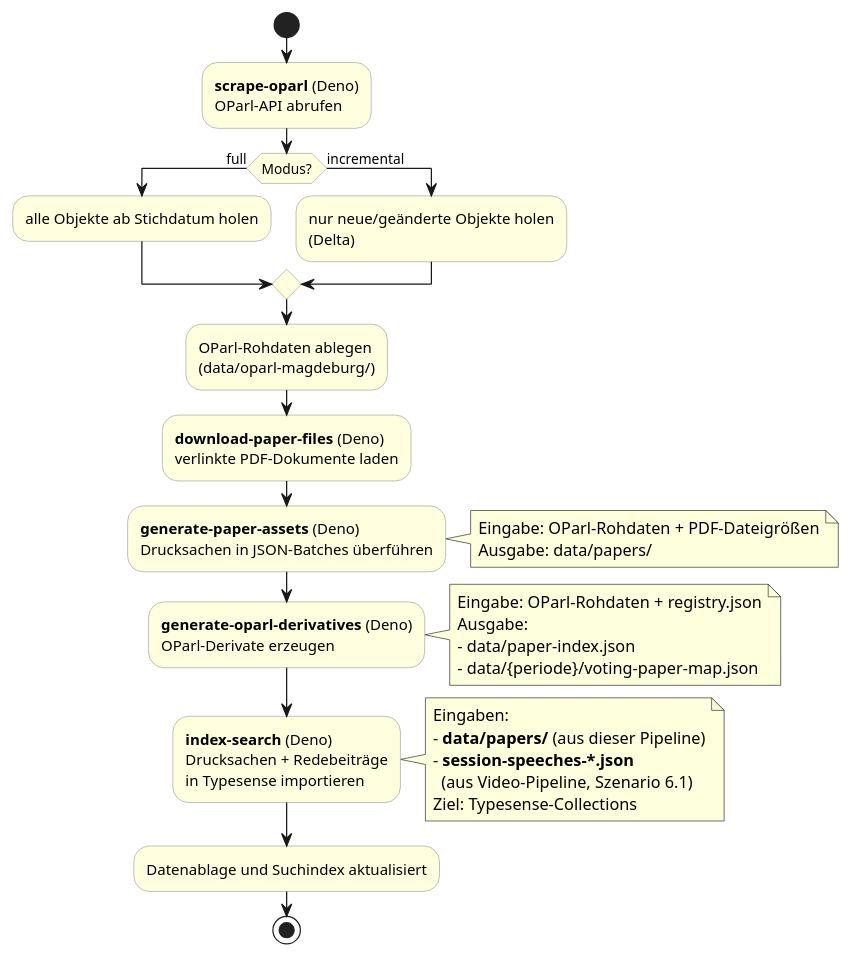
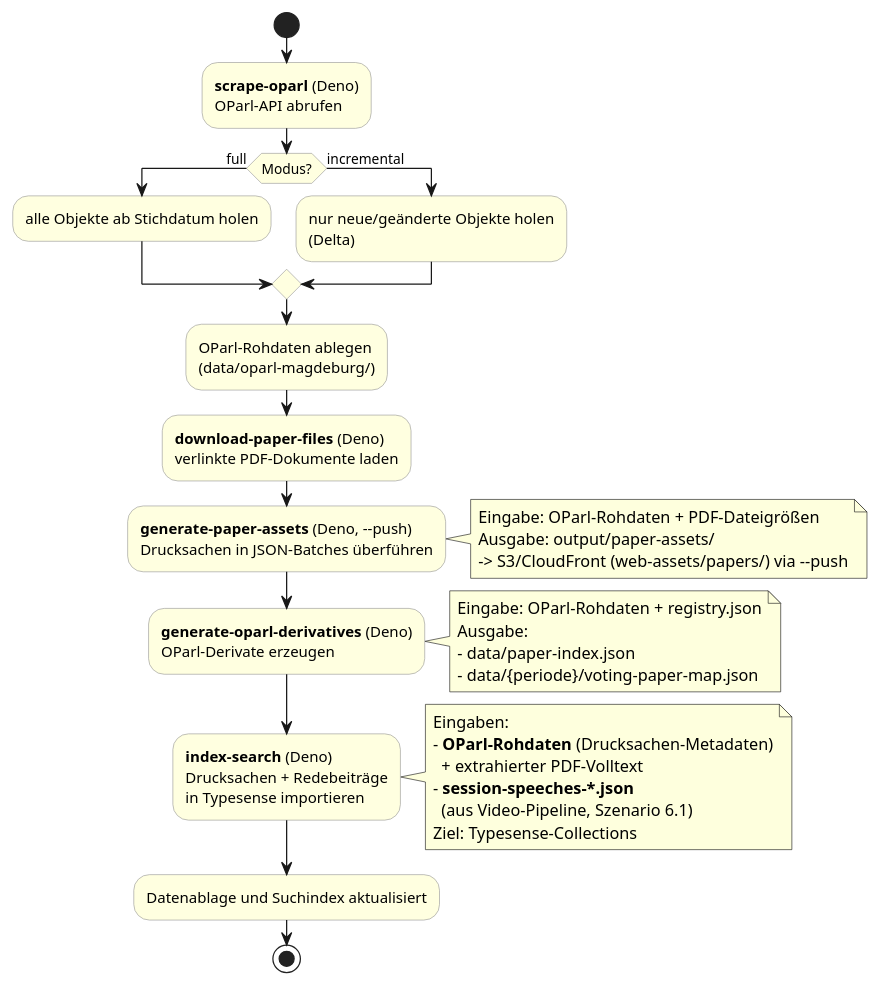
Before and after one commit to JensWinter/StadtratWatch-web: the diagram in docs/arc42/06-laufzeitsicht/02-oparl-ingestion.adoc, drawn with PlantUML. The commit also changed other lines of this file and 10 other files, not shown here.

```diff
--- a/docs/arc42/06-laufzeitsicht/02-oparl-ingestion.adoc
+++ b/docs/arc42/06-laufzeitsicht/02-oparl-ingestion.adoc
@@ -26,45 +27,47 @@
 [plantuml,lz-oparl-ingestion,svg]
 ....
 @startuml
 skinparam shadowing false
 skinparam activity {
   BackgroundColor #lightyellow
   BorderColor #999999
 }
 
 start
 :**scrape-oparl** (Deno)\nOParl-API abrufen;
 if (Modus?) then (full)
   :alle Objekte ab Stichdatum holen;
 else (incremental)
   :nur neue/geänderte Objekte holen\n(Delta);
 endif
 :OParl-Rohdaten ablegen\n(data/oparl-magdeburg/);
 
 :**download-paper-files** (Deno)\nverlinkte PDF-Dokumente laden;
-:**generate-paper-assets** (Deno)\nDrucksachen in JSON-Batches überführen;
+:**generate-paper-assets** (Deno, --push)\nDrucksachen in JSON-Batches überführen;
 note right
   Eingabe: OParl-Rohdaten + PDF-Dateigrößen
-  Ausgabe: data/papers/
+  Ausgabe: output/paper-assets/
+  -> S3/CloudFront (web-assets/papers/) via --push
 end note
 
 :**generate-oparl-derivatives** (Deno)\nOParl-Derivate erzeugen;
 note right
   Eingabe: OParl-Rohdaten + registry.json
   Ausgabe:
   - data/paper-index.json
   - data/{periode}/voting-paper-map.json
 end note
 
 :**index-search** (Deno)\nDrucksachen + Redebeiträge\nin Typesense importieren;
 note right
   Eingaben:
-  - **data/papers/** (aus dieser Pipeline)
+  - **OParl-Rohdaten** (Drucksachen-Metadaten)
+    + extrahierter PDF-Volltext
   - **session-speeches-*.json**
     (aus Video-Pipeline, Szenario 6.1)
   Ziel: Typesense-Collections
 end note
 :Datenablage und Suchindex aktualisiert;
 stop
 @enduml
 ....
```
